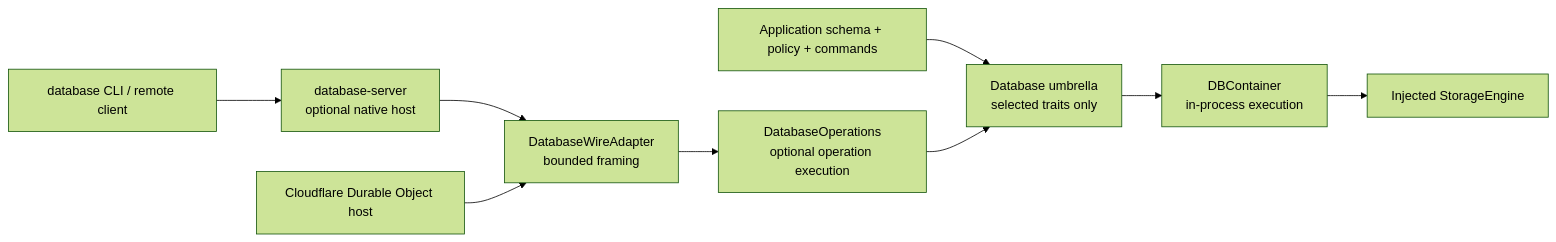
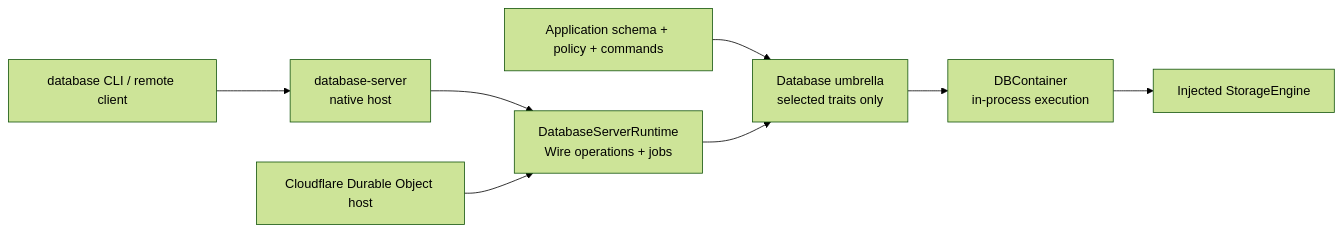
Before and after one commit to 1amageek/database-framework: the diagram in README.md, drawn with Mermaid (forest theme). The commit also changed other lines of this file and 500 other files, not shown here.

Commit message:
Restore lightweight database runtime boundaries

````diff
--- a/README.md
+++ b/README.md
@@ -31,12 +31,11 @@
 ```mermaid
 flowchart LR
     App["Application schema + policy + commands"] --> Framework["Database umbrella<br/>selected traits only"]
     Framework --> Container["DBContainer<br/>in-process execution"]
     Container --> Storage["Injected StorageEngine"]
 
-    CLI["database CLI / remote client"] --> Server["database-server<br/>optional native host"]
-    Server --> Wire["DatabaseWireAdapter<br/>bounded framing"]
-    Cloudflare["Cloudflare Durable Object host"] --> Wire
-    Wire --> Operations["DatabaseOperations<br/>optional operation execution"]
-    Operations --> Framework
+    CLI["database CLI / remote client"] --> Host["database-server<br/>native host"]
+    Host --> Runtime["DatabaseServerRuntime<br/>Wire operations + jobs"]
+    Cloudflare["Cloudflare Durable Object host"] --> Runtime
+    Runtime --> Framework
 ```
````
